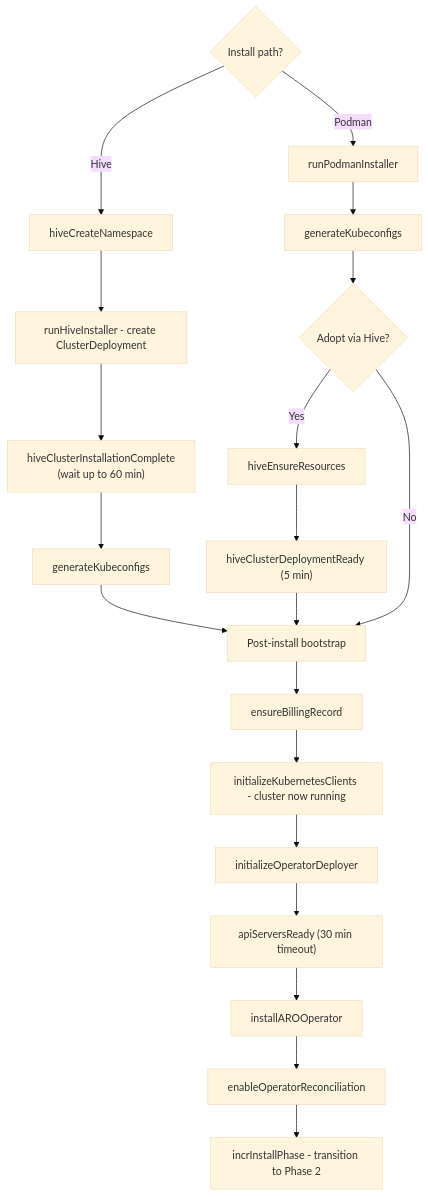
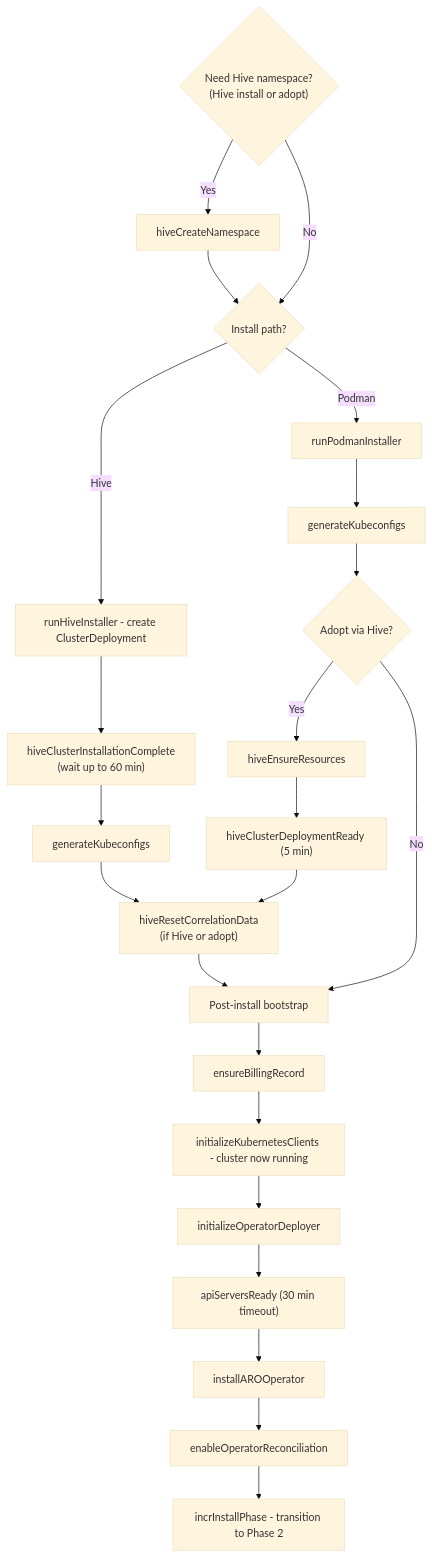
The seventh of 9 diagrams in docs/cluster-creation.md (Azure/ARO-RP), drawn with Mermaid (base theme) before and after one commit. The commit also changed other lines of this file and 2 other files, not shown here.

Commit message:
docs: update cluster creation diagrams

````diff
--- a/docs/cluster-creation.md
+++ b/docs/cluster-creation.md
@@ -179,24 +181,28 @@
 ```mermaid
 flowchart TD
-    INSTALL{Install path?} -->|Hive| H1[hiveCreateNamespace]
-    H1 --> H2[runHiveInstaller - create ClusterDeployment]
+    PRE{"Need Hive namespace?<br/>(Hive install or adopt)"} -->|Yes| H0[hiveCreateNamespace]
+    PRE -->|No| INSTALL{Install path?}
+    H0 --> INSTALL
+
+    INSTALL -->|Hive| H2[runHiveInstaller - create ClusterDeployment]
     H2 --> H3["hiveClusterInstallationComplete<br/>(wait up to 60 min)"]
     H3 --> H4[generateKubeconfigs]
-    H4 --> POST
+    H4 --> RESET["hiveResetCorrelationData<br/>(if Hive or adopt)"]
 
     INSTALL -->|Podman| P1a[runPodmanInstaller]
     P1a --> P2a[generateKubeconfigs]
     P2a --> P3a{"Adopt via Hive?"}
     P3a -->|Yes| P4a[hiveEnsureResources]
     P4a --> P5a["hiveClusterDeploymentReady (5 min)"]
-    P5a --> POST
-    P3a -->|No| POST
+    P5a --> RESET
+    P3a -->|No| POST[Post-install bootstrap]
 
-    POST[Post-install bootstrap] --> Q1[ensureBillingRecord]
+    RESET --> POST
+    POST --> Q1[ensureBillingRecord]
     Q1 --> Q2[initializeKubernetesClients - cluster now running]
     Q2 --> Q3[initializeOperatorDeployer]
     Q3 --> Q4["apiServersReady (30 min timeout)"]
     Q4 --> Q5[installAROOperator]
     Q5 --> Q6[enableOperatorReconciliation]
     Q6 --> Q7["incrInstallPhase - transition to Phase 2"]
 ```
````
